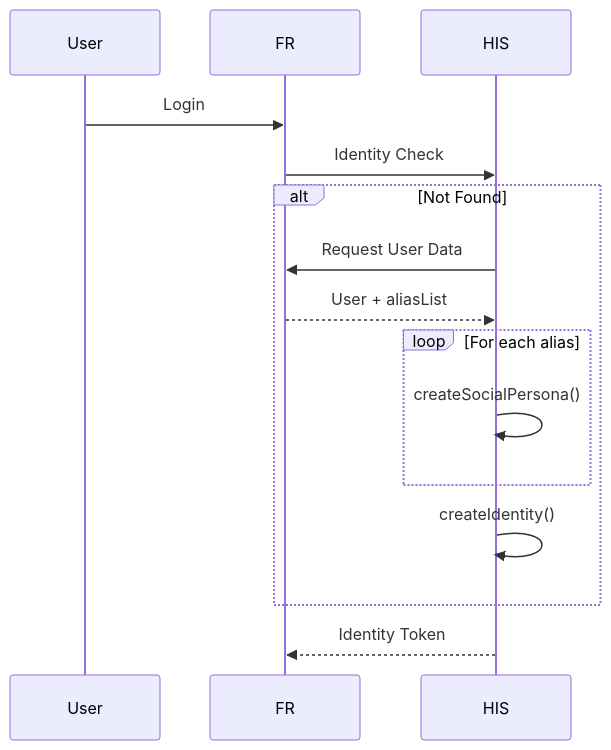
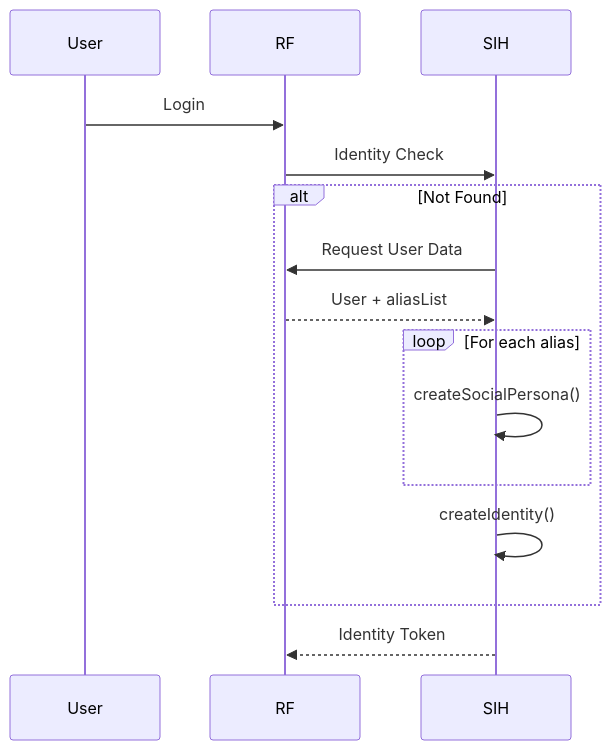
Before and after one commit to ahmedHanie93/Personal-projects: the third of 9 diagrams in MorganStanely/test2.md, drawn with Mermaid. The commit also changed other lines of this file, not shown here.

````diff
--- a/MorganStanely/test2.md
+++ b/MorganStanely/test2.md
@@ -75,14 +75,14 @@
 ```mermaid
 sequenceDiagram
-    User ->> FR: Login
-    FR ->> HIS: Identity Check
+    User ->> RF: Login
+    RF ->> SIH: Identity Check
     alt Not Found
-        HIS ->> FR: Request User Data
-        FR -->> HIS: User + aliasList
+        SIH ->> RF: Request User Data
+        RF -->> SIH: User + aliasList
         loop For each alias
-            HIS ->> HIS: createSocialPersona()
+            SIH ->> SIH: createSocialPersona()
         end
-        HIS ->> HIS: createIdentity()
+        SIH ->> SIH: createIdentity()
     end
-    HIS -->> FR: Identity Token
+    SIH -->> RF: Identity Token
 ```
````
